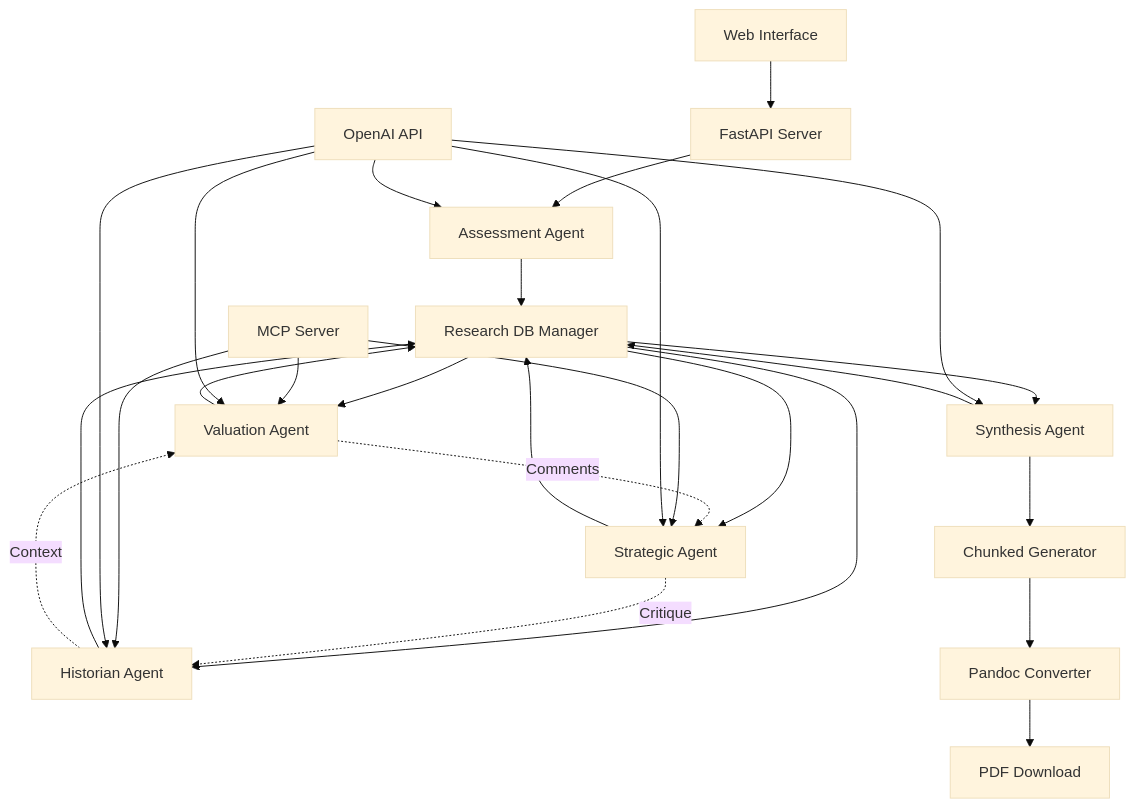
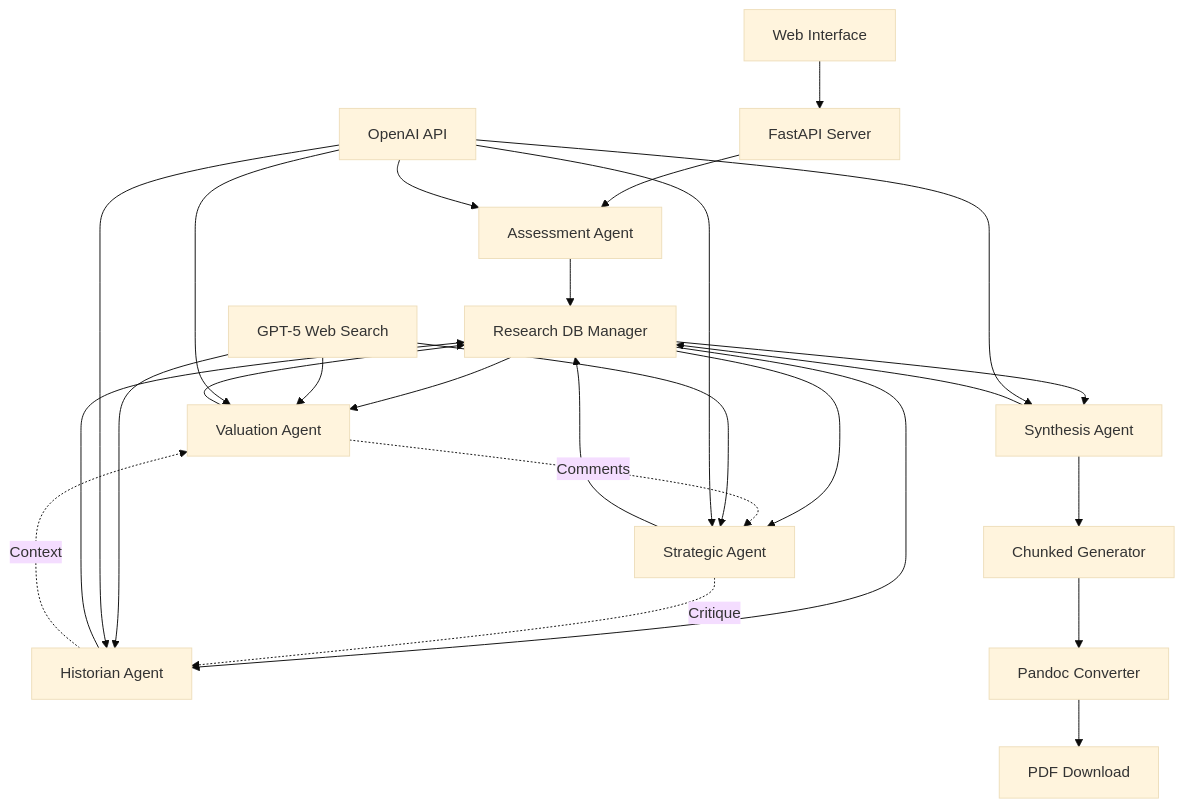
Before and after one commit to Djordje-Stojanovic/StockIQ: the diagram in docs/architecture/components.md, drawn with Mermaid (base theme). The commit also changed other lines of this file and 38 other files, not shown here.

````diff
--- a/docs/architecture/components.md
+++ b/docs/architecture/components.md
@@ -116,34 +118,34 @@
 ```mermaid
 graph TB
     A[Web Interface] --> B[FastAPI Server]
     B --> C[Assessment Agent]
     C --> D[Research DB Manager]
     
     D --> E[Valuation Agent]
     D --> F[Strategic Agent] 
     D --> G[Historian Agent]
     D --> H[Synthesis Agent]
     
     E --> D
     F --> D
     G --> D
     H --> D
     
     E -.->|Comments| F
     F -.->|Critique| G
     G -.->|Context| E
     
     H --> I[Chunked Generator]
     I --> J[Pandoc Converter]
     J --> K[PDF Download]
     
-    L[MCP Server] --> E
+    L[GPT-5 Web Search] --> E
     L --> F
     L --> G
     
     M[OpenAI API] --> C
     M --> E
     M --> F
     M --> G
     M --> H
 ```
````
